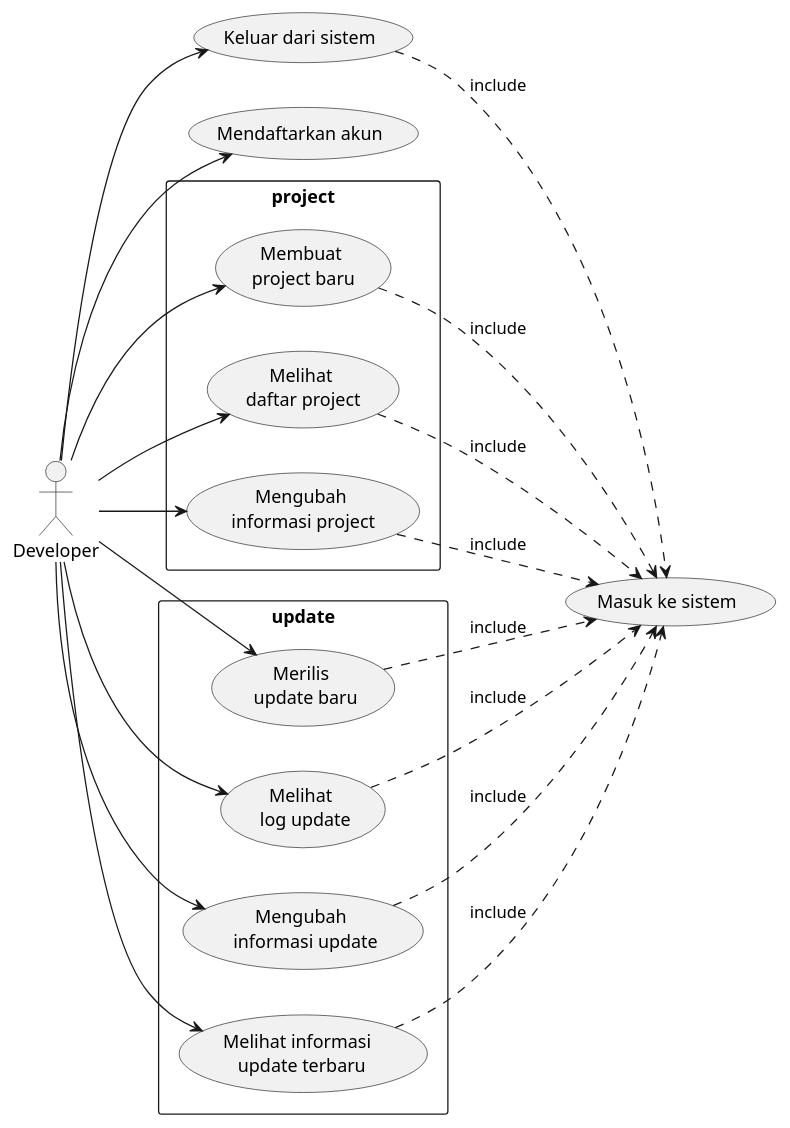
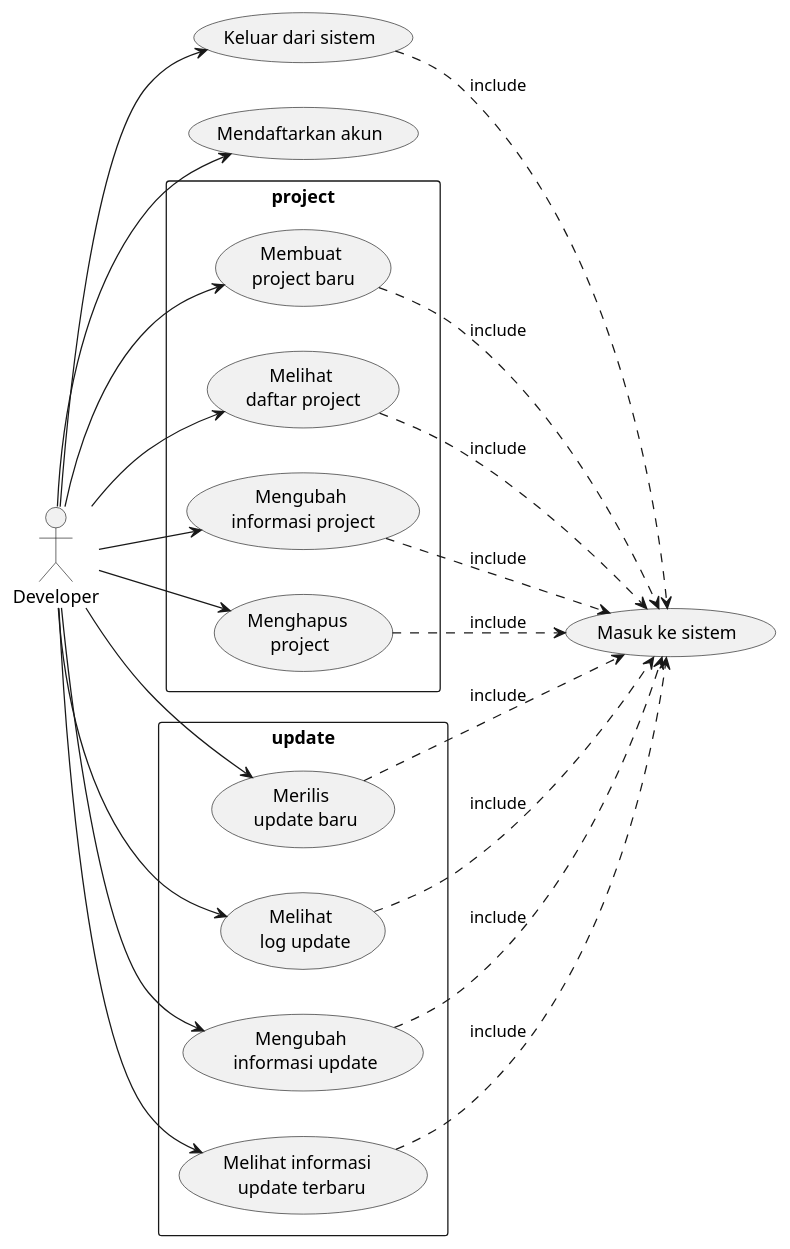
The diagram in diagram/usecase/developer.puml (mnindrazaka/code-send), drawn with PlantUML before and after one commit.

Commit message:
feat(diagram/usecase): add delete project usecase

```diff
--- a/diagram/usecase/developer.puml
+++ b/diagram/usecase/developer.puml
@@ -1,49 +1,52 @@
 @startuml usecase
 left to right direction
 
 actor Developer as dev
 
 ' auth use case
 usecase (Masuk ke sistem) as login
 usecase (Keluar dari sistem) as logout
 usecase (Mendaftarkan akun) as register
 
 (logout) ..> login : include
 
 dev-->(register)
 dev-->(logout)
 
 ' project use case
 rectangle project {
   usecase (Membuat \nproject baru) as (create project)
   usecase (Melihat \ndaftar project) as (list project)
   usecase (Mengubah \ninformasi project) as (edit project)
+  usecase (Menghapus \nproject) as (delete project)
 
   dev-->(create project)
   dev-->(list project)
   dev-->(edit project)
+  dev-->(delete project)
 
   (create project) ..> login : include
   (list project) ..> login : include
   (edit project) ..> login : include
+  (delete project) ..> login : include
 }
 
 ' update use case
 rectangle update {
   usecase (Merilis \n update baru) as (create update)
   usecase (Melihat \n log update) as (list update)
   usecase (Mengubah \n informasi update) as (edit update)
   usecase (Melihat informasi \n update terbaru) as (latest update)
 
   (create update) ..> login : include
   (list update) ..> login : include
   (edit update) ..> login : include
   (latest update) ..> login : include
 
   dev-->(create update)
   dev-->(list update)
   dev-->(edit update)
   dev-->(latest update)
 }
 
 @enduml
```
